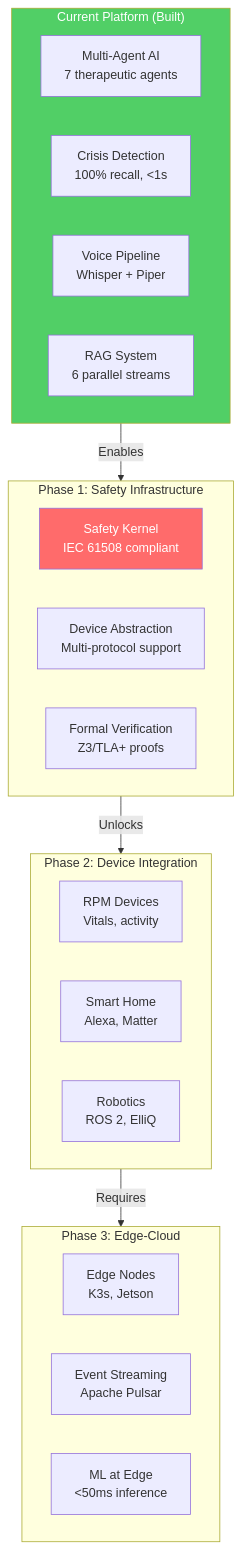
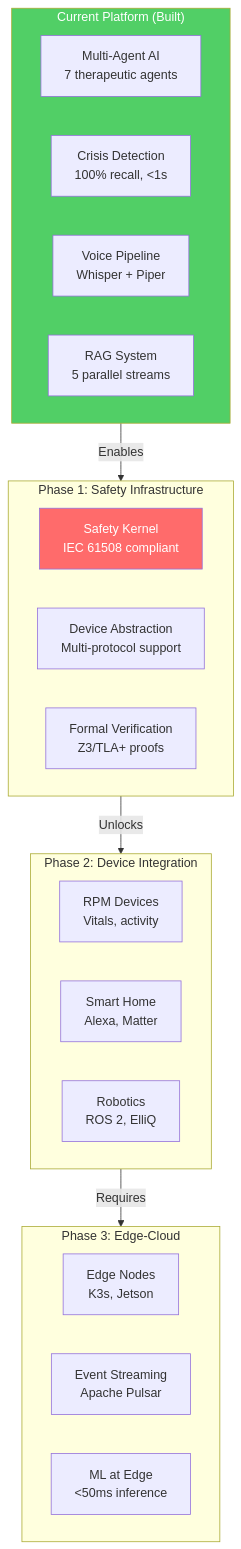
Before and after one commit to asq-sheriff/SHOWCASE_REPO-Therapeutic_AI_Companion: the first of 11 diagrams in docs/TECHNICAL_ROADMAP.md, drawn with Mermaid. The commit also changed other lines of this file and 7 other files, not shown here.

First line of the commit message:
docs: Sync all documentation with current state and accelerated roadmap

````diff
--- a/docs/TECHNICAL_ROADMAP.md
+++ b/docs/TECHNICAL_ROADMAP.md
@@ -29,34 +29,34 @@
 ```mermaid
 flowchart TD
     subgraph Current["Current Platform (Built)"]
         C1["Multi-Agent AI<br/>7 therapeutic agents"]
         C2["Crisis Detection<br/>100% recall, <1s"]
         C3["Voice Pipeline<br/>Whisper + Piper"]
-        C4["RAG System<br/>6 parallel streams"]
+        C4["RAG System<br/>5 parallel streams"]
     end
 
     subgraph Phase1["Phase 1: Safety Infrastructure"]
         P1["Safety Kernel<br/>IEC 61508 compliant"]
         P2["Device Abstraction<br/>Multi-protocol support"]
         P3["Formal Verification<br/>Z3/TLA+ proofs"]
     end
 
     subgraph Phase2["Phase 2: Device Integration"]
         D1["RPM Devices<br/>Vitals, activity"]
         D2["Smart Home<br/>Alexa, Matter"]
         D3["Robotics<br/>ROS 2, ElliQ"]
     end
 
     subgraph Phase3["Phase 3: Edge-Cloud"]
         E1["Edge Nodes<br/>K3s, Jetson"]
         E2["Event Streaming<br/>Apache Pulsar"]
         E3["ML at Edge<br/><50ms inference"]
     end
 
     Current -->|"Enables"| Phase1
     Phase1 -->|"Unlocks"| Phase2
     Phase2 -->|"Requires"| Phase3
 
     style Current fill:#51cf66,color:#fff
     style P1 fill:#ff6b6b,color:#fff
 ```
````
